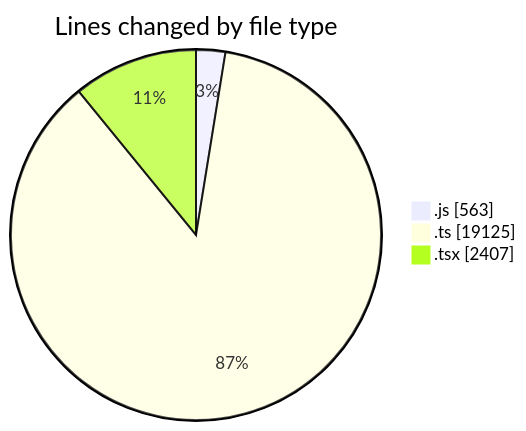
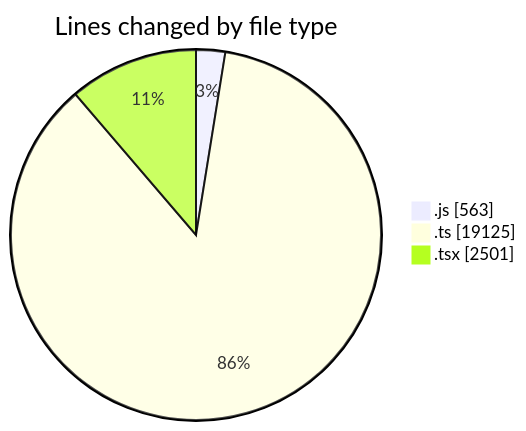
The first of 2 diagrams in 2025-11-14/cda/README.md (momahboobian/code-tracking), drawn with Mermaid before and after one commit. The commit also changed other lines of this file and 1 other file, not shown here.

````diff
--- a/2025-11-14/cda/README.md
+++ b/2025-11-14/cda/README.md
@@ -41,7 +41,7 @@
 ```mermaid
 pie showData
 title Lines changed by file type
 ".js" : 563
 ".ts" : 19125
-".tsx" : 2407
+".tsx" : 2501
 ```
````
